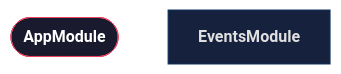
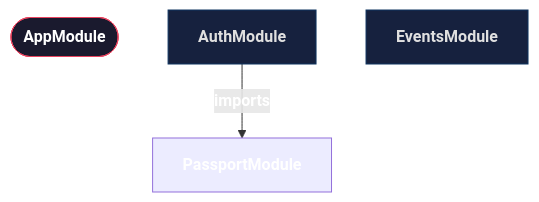
The first of 3 diagrams in docs/architecture.md (Phastboy/campuspulse), drawn with Mermaid before and after one commit. The commit also changed other lines of this file, not shown here.

Commit message:
docs(architecture): update diagrams with auth module components

````diff
--- a/docs/architecture.md
+++ b/docs/architecture.md
@@ -12,13 +12,16 @@
 ```mermaid
 graph TD
   %% NestJS module imports — framework modules omitted for clarity
 
   AppModule([AppModule])
+  AuthModule[AuthModule]
   EventsModule[EventsModule]
 
+  AuthModule -->|imports| PassportModule
 
   classDef root    fill:#1a1a2e,stroke:#e94560,color:#fff,font-weight:bold
   classDef feature fill:#16213e,stroke:#0f3460,color:#e0e0e0
   class AppModule root
+  class AuthModule feature
   class EventsModule feature
 ```
````
